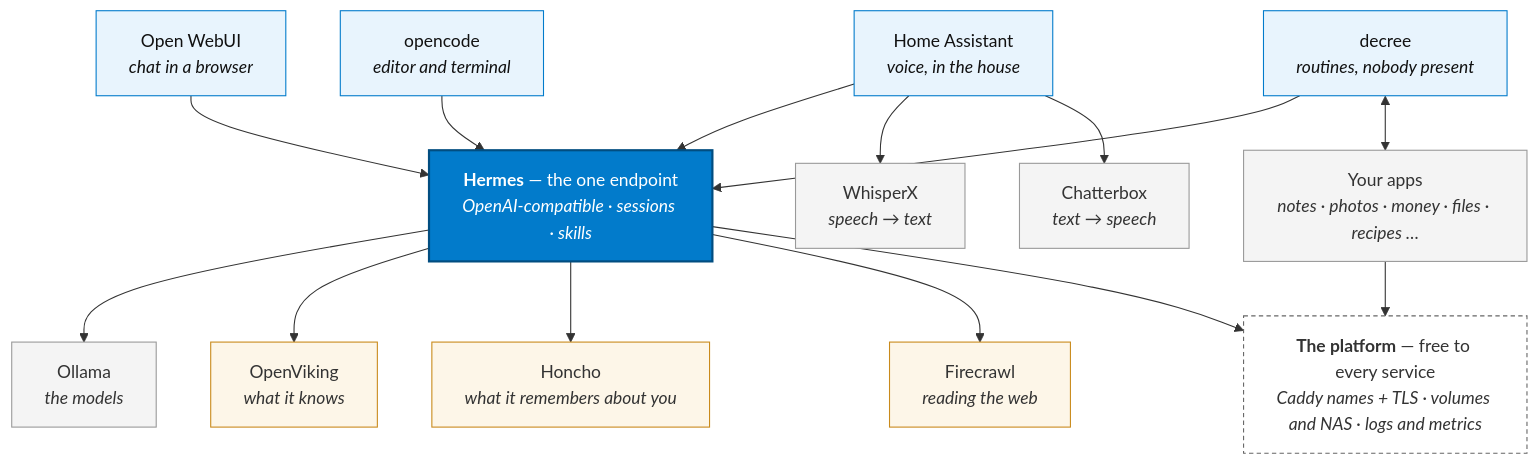
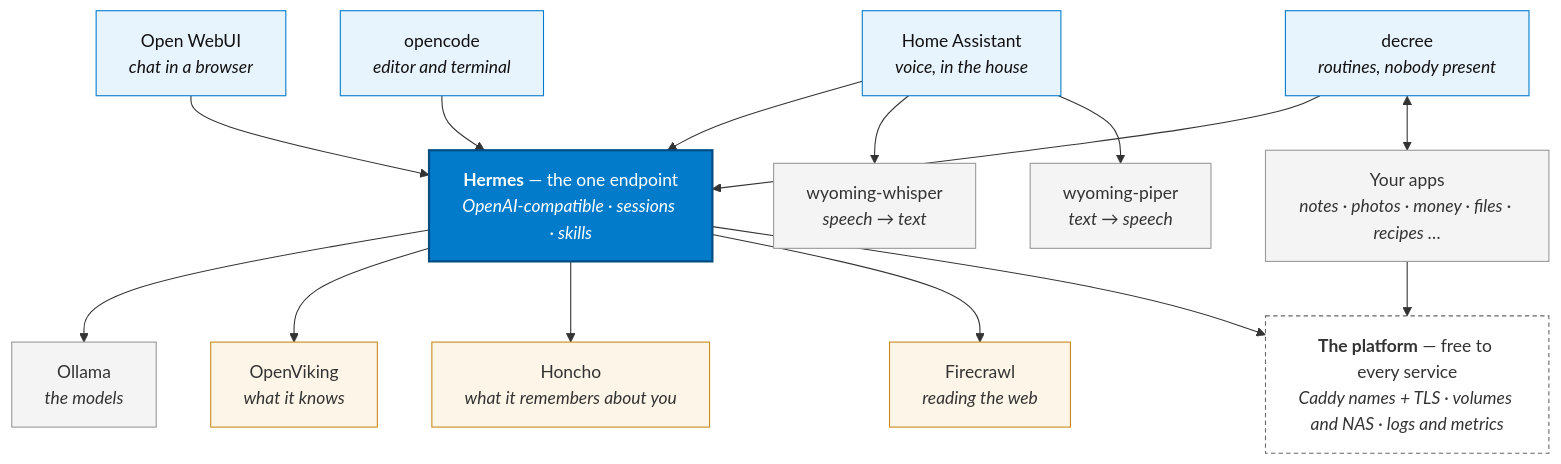
One commit to jtmckay/existential changed the diagram in site/docs/how-it-works.md. Above: the diagram before and after it, drawn with Mermaid. The commit also changed other lines of this file and 27 other files, not shown here.

````diff
--- a/site/docs/how-it-works.md
+++ b/site/docs/how-it-works.md
@@ -18,44 +18,44 @@
 ```mermaid
 flowchart TB
     ha["Home Assistant<br/><i>voice, in the house</i>"]
     owui["Open WebUI<br/><i>chat in a browser</i>"]
     oc["opencode<br/><i>editor and terminal</i>"]
     dec["decree<br/><i>routines, nobody present</i>"]
 
     hermes["<b>Hermes</b> — the one endpoint<br/><i>OpenAI-compatible · sessions · skills</i>"]
     ollama["Ollama<br/><i>the models</i>"]
-    stt["WhisperX<br/><i>speech → text</i>"]
-    tts["Chatterbox<br/><i>text → speech</i>"]
+    stt["wyoming-whisper<br/><i>speech → text</i>"]
+    tts["wyoming-piper<br/><i>text → speech</i>"]
 
     viking["OpenViking<br/><i>what it knows</i>"]
     honcho["Honcho<br/><i>what it remembers about you</i>"]
     craw["Firecrawl<br/><i>reading the web</i>"]
 
     apps["Your apps<br/><i>notes · photos · money · files · recipes …</i>"]
     platform["<b>The platform</b> — free to every service<br/><i>Caddy names + TLS · volumes and NAS · logs and metrics</i>"]
 
     ha --> hermes
     owui --> hermes
     oc --> hermes
     dec --> hermes
     ha --> stt
     ha --> tts
     hermes --> ollama
     hermes --> viking
     hermes --> honcho
     hermes --> craw
     dec <--> apps
     hermes --> platform
     apps --> platform
 
     classDef surface fill:#e8f4fd,stroke:#027bcb,color:#111
     classDef gateway fill:#027bcb,stroke:#014d80,stroke-width:2px,color:#fff
     classDef model fill:#f4f4f4,stroke:#999,color:#333
     classDef base fill:#fff,stroke:#666,stroke-dasharray:4 3,color:#333
     classDef reach fill:#fdf6e8,stroke:#c98a1b,color:#333
     class ha,owui,oc,dec surface
     class hermes gateway
     class ollama,stt,tts,apps model
     class viking,honcho,craw reach
     class platform base
 ```
````
